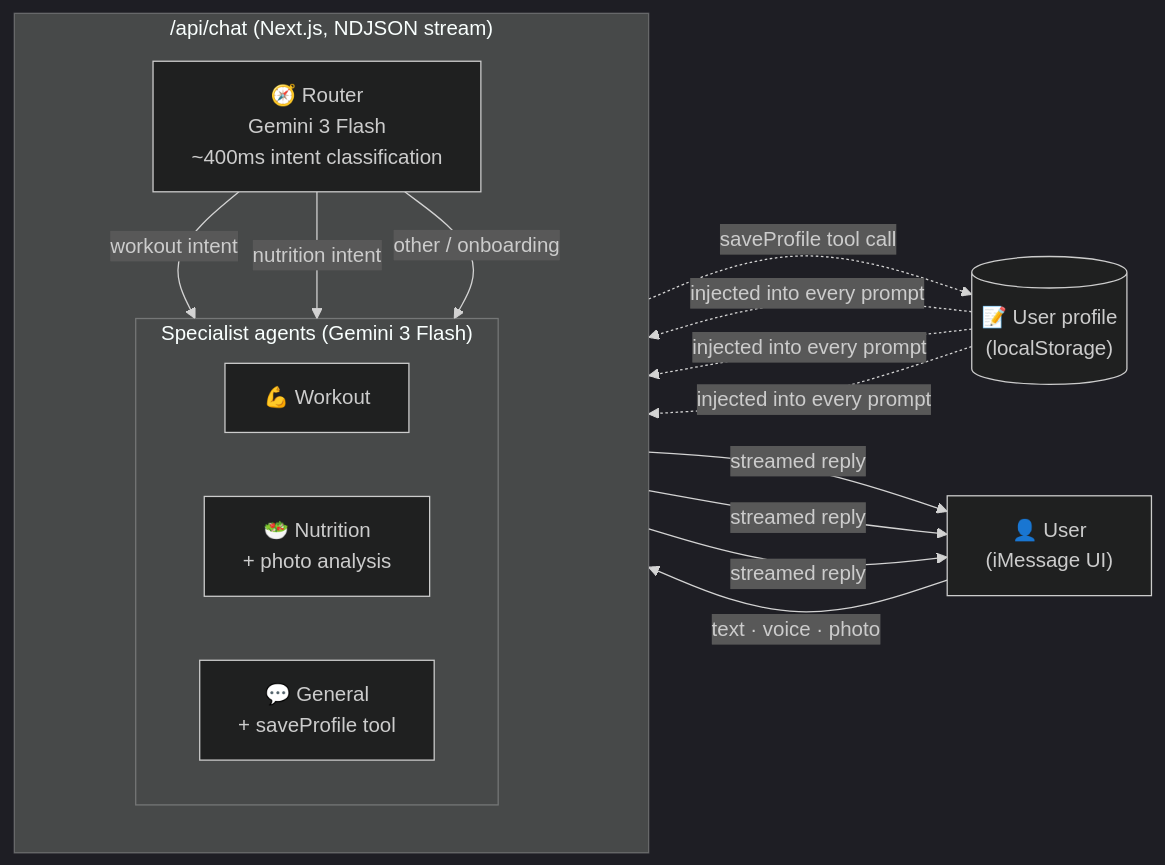
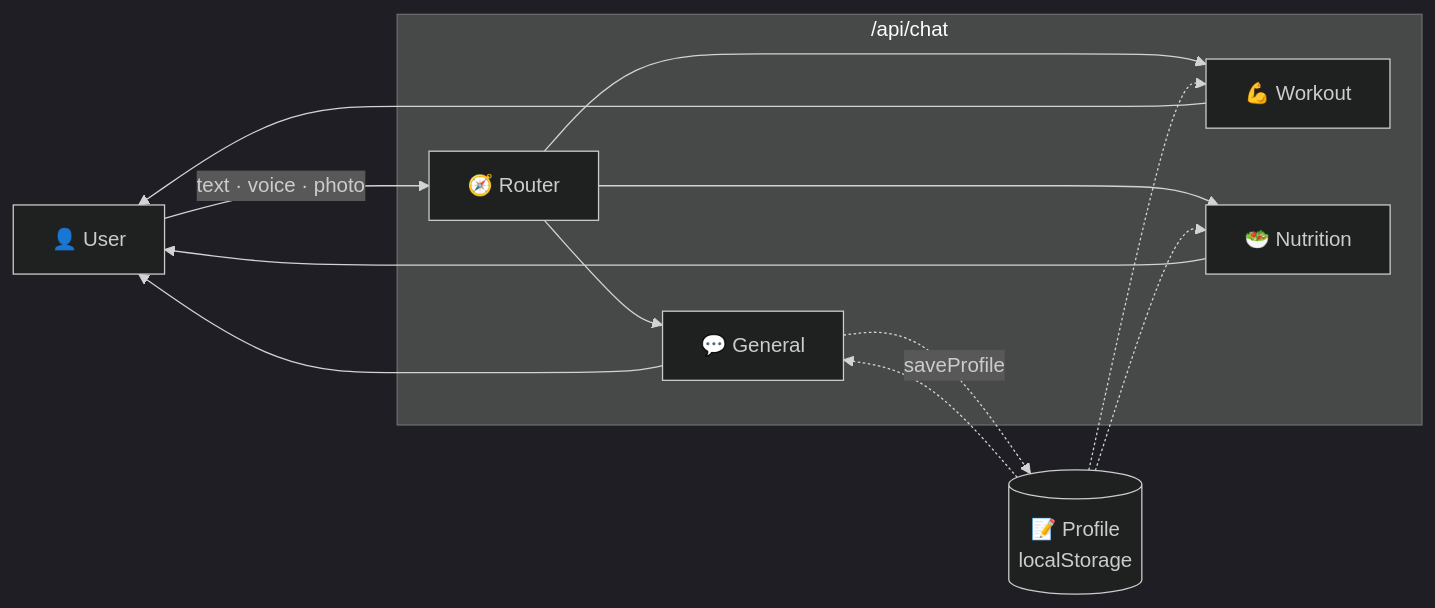
One commit to MargiShah18/kai-ai-coach changed the diagram in README.md. Above: the diagram before and after it, drawn with Mermaid (dark theme). The commit also changed other lines of this file and 3 other files, not shown here.

````diff
--- a/README.md
+++ b/README.md
@@ -23,33 +7,27 @@
 ```mermaid
 flowchart LR
-    User["👤 User<br/>(iMessage UI)"]
+    User["👤 User"]
 
-    subgraph API ["/api/chat (Next.js, NDJSON stream)"]
-        direction TB
-        Router["🧭 Router<br/>Gemini 3 Flash<br/>~400ms intent classification"]
-
-        subgraph Agents ["Specialist agents (Gemini 3 Flash)"]
-            direction LR
-            Workout["💪 Workout"]
-            Nutrition["🥗 Nutrition<br/>+ photo analysis"]
-            General["💬 General<br/>+ saveProfile tool"]
-        end
+    subgraph API ["/api/chat"]
+        Router["🧭 Router"]
+        Workout["💪 Workout"]
+        Nutrition["🥗 Nutrition"]
+        General["💬 General"]
     end
 
-    Profile[("📝 User profile<br/>(localStorage)")]
+    Profile[("📝 Profile<br/>localStorage")]
 
     User -->|"text · voice · photo"| Router
-    Router -->|workout intent| Workout
-    Router -->|nutrition intent| Nutrition
-    Router -->|other / onboarding| General
+    Router --> Workout
+    Router --> Nutrition
+    Router --> General
 
-    Profile -. injected into every prompt .-> Workout
-    Profile -. injected into every prompt .-> Nutrition
-    Profile -. injected into every prompt .-> General
+    Profile -.-> Workout
+    Profile -.-> Nutrition
+    Profile -.-> General
+    General -.->|saveProfile| Profile
 
-    General -.->|saveProfile tool call| Profile
-
-    Workout -->|streamed reply| User
-    Nutrition -->|streamed reply| User
-    General -->|streamed reply| User
+    Workout --> User
+    Nutrition --> User
+    General --> User
 ```
````
